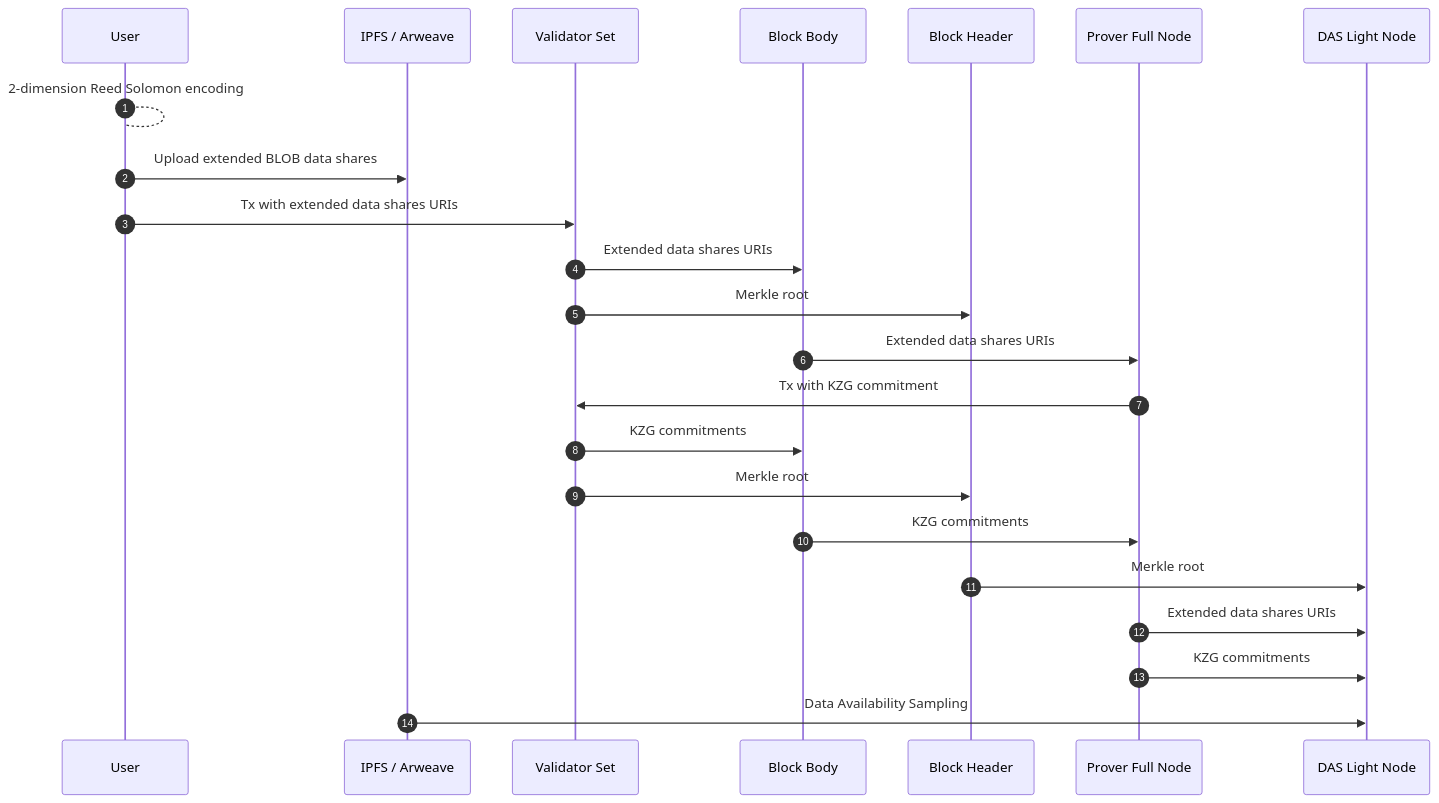
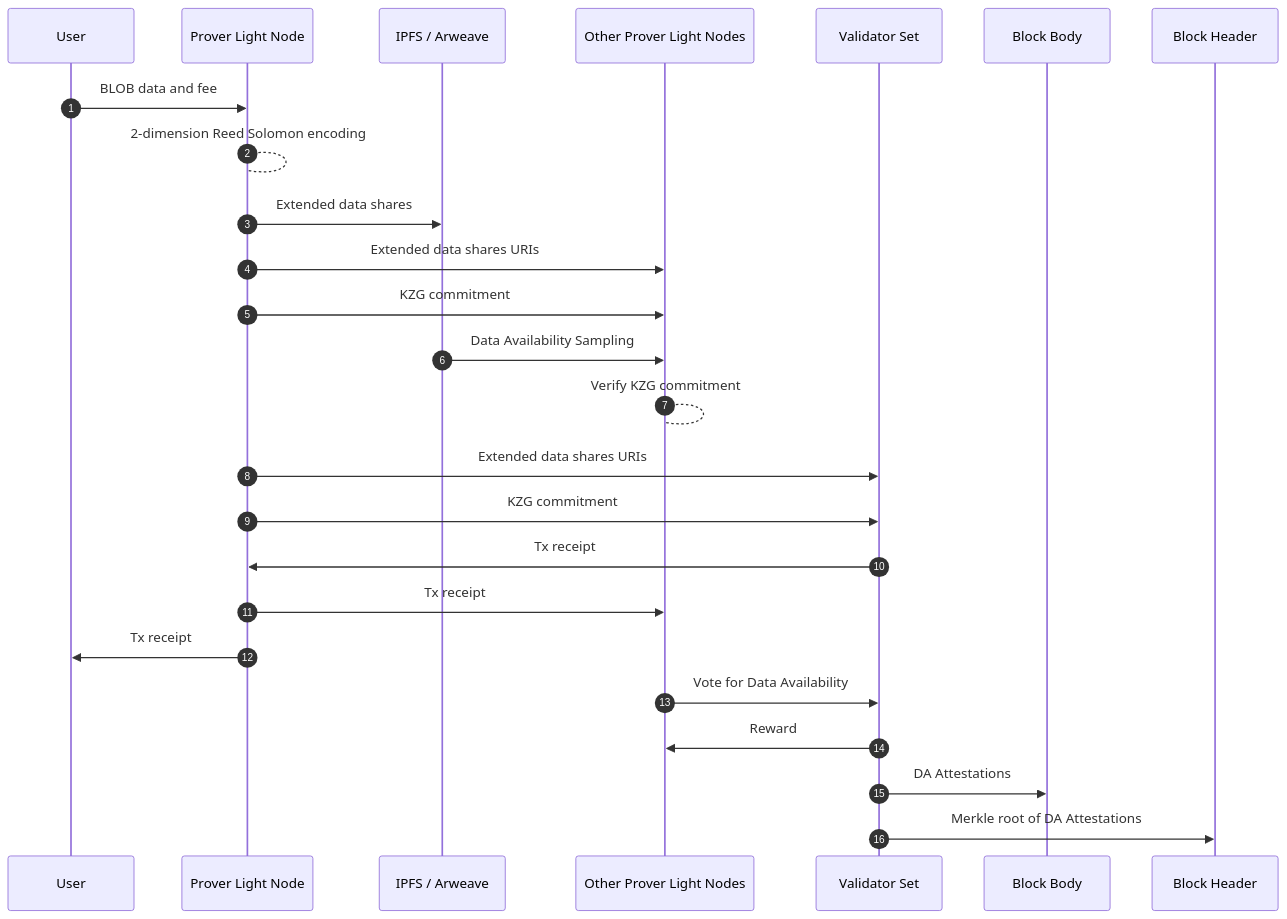
The diagram in learn/sunrise/blob.md (sunriselayer/gitbook), drawn with Mermaid before and after one commit. The commit also changed other lines of this file, not shown here.

````diff
--- a/learn/sunrise/blob.md
+++ b/learn/sunrise/blob.md
@@ -72,18 +69,20 @@
 ```mermaid
 sequenceDiagram
     autonumber
-    User -->User: 2-dimension Reed Solomon encoding
-    User ->> IPFS / Arweave: Upload extended BLOB data shares
-    User ->> Validator Set: Tx with extended data shares URIs
-    Validator Set ->> Block Body: Extended data shares URIs
-    Validator Set ->> Block Header: Merkle root
-    Block Body ->> Prover Full Node: Extended data shares URIs
-    Prover Full Node ->> Validator Set: Tx with KZG commitment
-    Validator Set ->> Block Body: KZG commitments
-    Validator Set ->> Block Header: Merkle root
-    Block Body ->> Prover Full Node: KZG commitments
-    Block Header ->> DAS Light Node: Merkle root
-    Prover Full Node ->> DAS Light Node: Extended data shares URIs
-    Prover Full Node ->> DAS Light Node: KZG commitments
-    IPFS / Arweave ->> DAS Light Node: Data Availability Sampling
+    User ->> Prover Light Node: BLOB data and fee
+    Prover Light Node --> Prover Light Node: 2-dimension Reed Solomon encoding
+    Prover Light Node ->> IPFS / Arweave: Extended data shares
+    Prover Light Node ->> Other Prover Light Nodes: Extended data shares URIs
+    Prover Light Node ->> Other Prover Light Nodes: KZG commitment
+    IPFS / Arweave ->> Other Prover Light Nodes: Data Availability Sampling
+    Other Prover Light Nodes --> Other Prover Light Nodes: Verify KZG commitment
+    Prover Light Node ->> Validator Set: Extended data shares URIs
+    Prover Light Node ->> Validator Set: KZG commitment
+    Validator Set ->> Prover Light Node: Tx receipt
+    Prover Light Node ->> Other Prover Light Nodes: Tx receipt
+    Prover Light Node ->> User: Tx receipt
+    Other Prover Light Nodes ->> Validator Set: Vote for Data Availability
+    Validator Set ->> Other Prover Light Nodes: Reward
+    Validator Set ->> Block Body: DA Attestations
+    Validator Set ->> Block Header: Merkle root of DA Attestations
 ```
````
